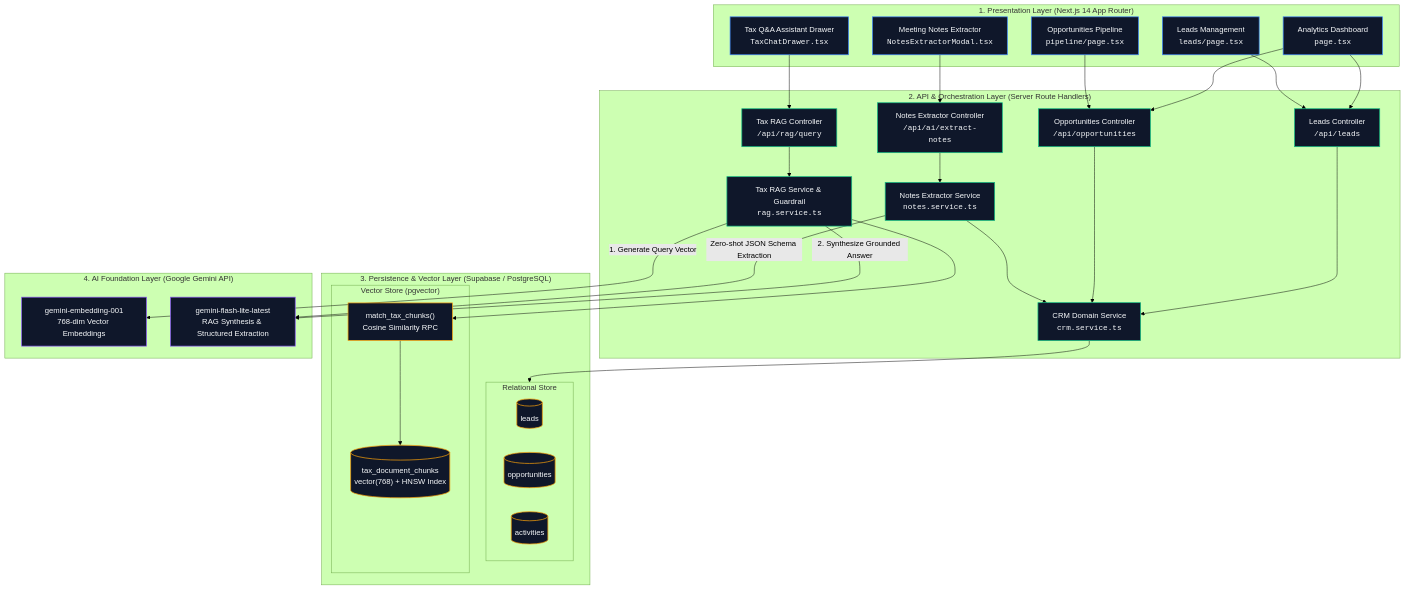
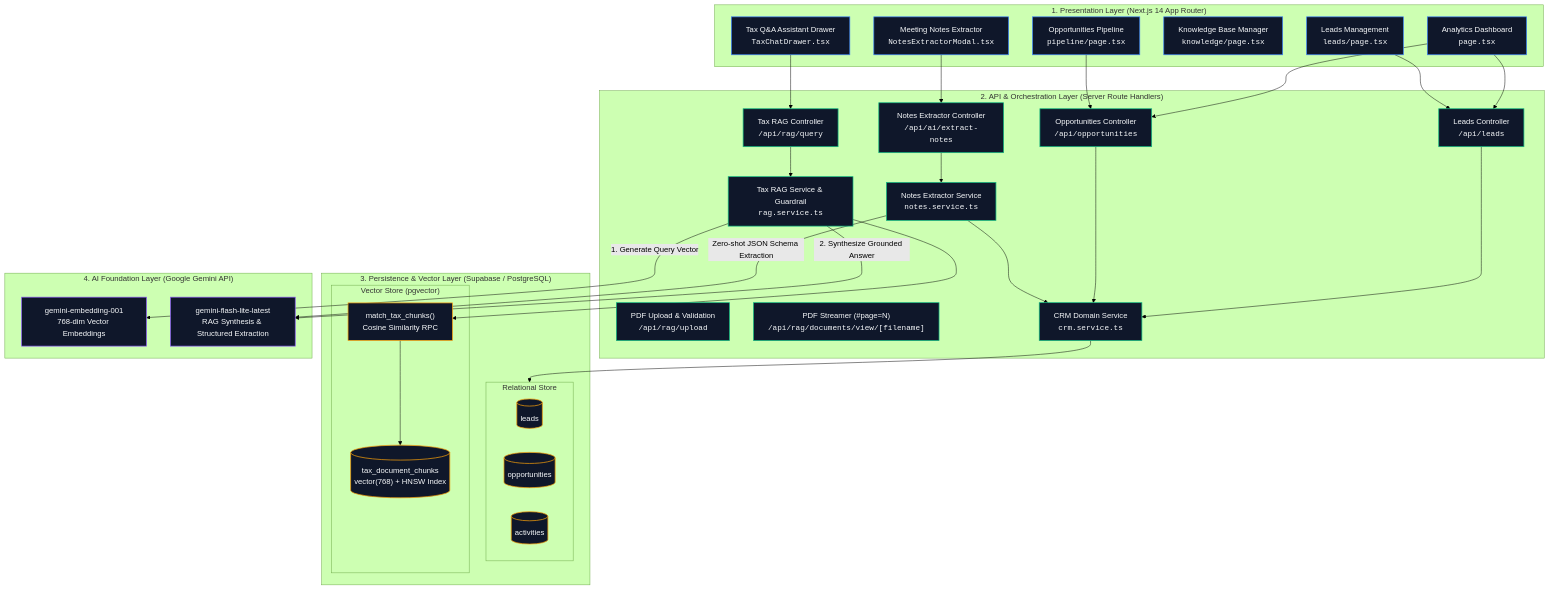
The first of 3 diagrams in ARCHITECTURE.md (abrahamhoo21/taxflow-ai), drawn with Mermaid (forest theme) before and after one commit. The commit also changed 1 other file, not shown here.

Commit message:
docs: synchronize README and ARCHITECTURE with Knowledge Base and in-app PDF preview

````diff
--- a/ARCHITECTURE.md
+++ b/ARCHITECTURE.md
@@ -13,68 +13,71 @@
 ```mermaid
 flowchart TB
     classDef client fill:#0f172a,stroke:#3b82f6,stroke-width:1.5px,color:#f8fafc;
     classDef api fill:#0f172a,stroke:#10b981,stroke-width:1.5px,color:#f8fafc;
     classDef db fill:#0f172a,stroke:#f59e0b,stroke-width:1.5px,color:#f8fafc;
     classDef ai fill:#0f172a,stroke:#8b5cf6,stroke-width:1.5px,color:#f8fafc;
 
     subgraph Tier1["1. Presentation Layer (Next.js 14 App Router)"]
         Dashboard["Analytics Dashboard<br/><code>page.tsx</code>"]:::client
         LeadsUI["Leads Management<br/><code>leads/page.tsx</code>"]:::client
         KanbanUI["Opportunities Pipeline<br/><code>pipeline/page.tsx</code>"]:::client
+        KnowledgeUI["Knowledge Base Manager<br/><code>knowledge/page.tsx</code>"]:::client
         RAGDrawer["Tax Q&A Assistant Drawer<br/><code>TaxChatDrawer.tsx</code>"]:::client
         NotesModal["Meeting Notes Extractor<br/><code>NotesExtractorModal.tsx</code>"]:::client
     end
 
     subgraph Tier2["2. API & Orchestration Layer (Server Route Handlers)"]
         LeadsAPI["Leads Controller<br/><code>/api/leads</code>"]:::api
         OppsAPI["Opportunities Controller<br/><code>/api/opportunities</code>"]:::api
         RAGController["Tax RAG Controller<br/><code>/api/rag/query</code>"]:::api
+        UploadAPI["PDF Upload & Validation<br/><code>/api/rag/upload</code>"]:::api
+        PDFViewAPI["PDF Streamer (#page=N)<br/><code>/api/rag/documents/view/[filename]</code>"]:::api
         NotesAPI["Notes Extractor Controller<br/><code>/api/ai/extract-notes</code>"]:::api
 
         CRMService["CRM Domain Service<br/><code>crm.service.ts</code>"]:::api
         RAGService["Tax RAG Service & Guardrail<br/><code>rag.service.ts</code>"]:::api
         NotesService["Notes Extractor Service<br/><code>notes.service.ts</code>"]:::api
     end
 
     subgraph Tier3["3. Persistence & Vector Layer (Supabase / PostgreSQL)"]
         subgraph RelationalStore["Relational Store"]
             T_Leads[("leads")]:::db
             T_Opps[("opportunities")]:::db
             T_Acts[("activities")]:::db
         end
         subgraph VectorStore["Vector Store (pgvector)"]
             T_Chunks[("tax_document_chunks<br/>vector(768) + HNSW Index")]:::db
             RPC_Match["match_tax_chunks()<br/>Cosine Similarity RPC"]:::db
         end
     end
 
     subgraph Tier4["4. AI Foundation Layer (Google Gemini API)"]
         EmbedAPI["gemini-embedding-001<br/>768-dim Vector Embeddings"]:::ai
         ChatAPI["gemini-flash-lite-latest<br/>RAG Synthesis & Structured Extraction"]:::ai
     end
 
     %% Presentation to API Controllers
     Dashboard --> LeadsAPI
     Dashboard --> OppsAPI
     LeadsUI --> LeadsAPI
     KanbanUI --> OppsAPI
     RAGDrawer --> RAGController
     NotesModal --> NotesAPI
 
     %% Controllers to Domain Services
     LeadsAPI --> CRMService
     OppsAPI --> CRMService
     RAGController --> RAGService
     NotesAPI --> NotesService
 
     %% Services to Data Layer
     CRMService --> RelationalStore
     NotesService --> CRMService
     RAGService --> RPC_Match
     RPC_Match --> T_Chunks
 
     %% Services to Foundation AI
     RAGService -->|1. Generate Query Vector| EmbedAPI
     RAGService -->|2. Synthesize Grounded Answer| ChatAPI
     NotesService -->|Zero-shot JSON Schema Extraction| ChatAPI
 ```
````
